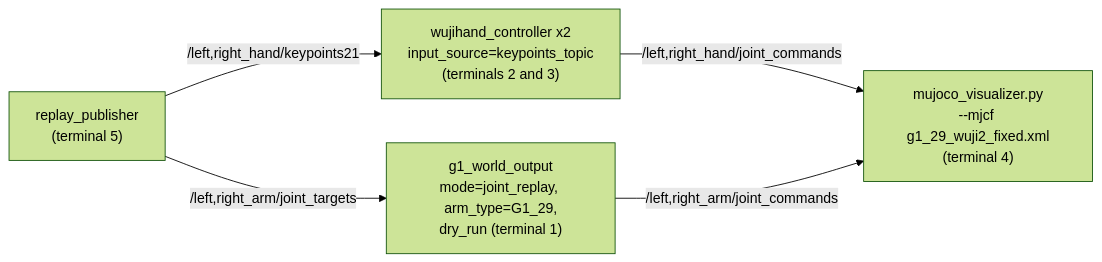
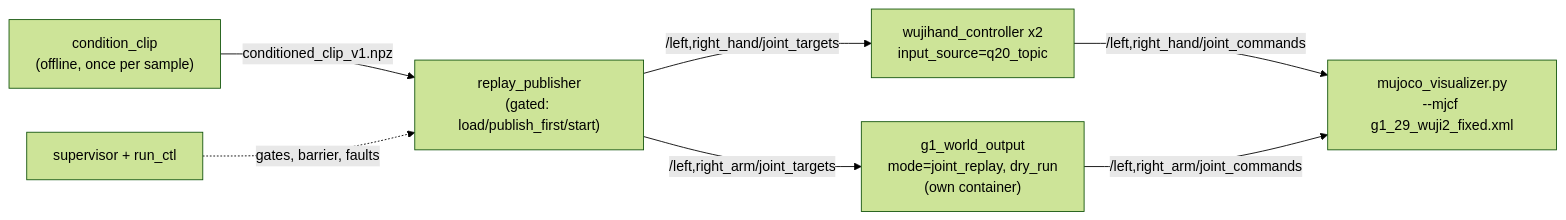
One commit to MSC-Wuji-Teleop/wuji-hand-teleop changed the diagram in docs/usage.md. Above: the diagram before and after it, drawn with Mermaid (forest theme). The commit also changed other lines of this file and 12 other files, not shown here.

````diff
--- a/docs/usage.md
+++ b/docs/usage.md
@@ -138,12 +140,16 @@
 ```mermaid
 graph LR
-    SOT["replay_publisher<br/>(terminal 5)"]
-    HC["wujihand_controller x2<br/>input_source=keypoints_topic<br/>(terminals 2 and 3)"]
-    G1O["g1_world_output<br/>mode=joint_replay, arm_type=G1_29,<br/>dry_run (terminal 1)"]
-    VIZ["mujoco_visualizer.py<br/>--mjcf g1_29_wuji2_fixed.xml<br/>(terminal 4)"]
+    CC["condition_clip<br/>(offline, once per sample)"]
+    SOT["replay_publisher<br/>(gated: load/publish_first/start)"]
+    HC["wujihand_controller x2<br/>input_source=q20_topic"]
+    G1O["g1_world_output<br/>mode=joint_replay, dry_run<br/>(own container)"]
+    SUP["supervisor + run_ctl"]
+    VIZ["mujoco_visualizer.py<br/>--mjcf g1_29_wuji2_fixed.xml"]
 
-    SOT -->|"/left,right_hand/keypoints21"| HC
+    CC -->|"conditioned_clip_v1.npz"| SOT
     SOT -->|"/left,right_arm/joint_targets"| G1O
+    SOT -->|"/left,right_hand/joint_targets"| HC
     HC -->|"/left,right_hand/joint_commands"| VIZ
     G1O -->|"/left,right_arm/joint_commands"| VIZ
+    SUP -.->|"gates, barrier, faults"| SOT
 ```
````
